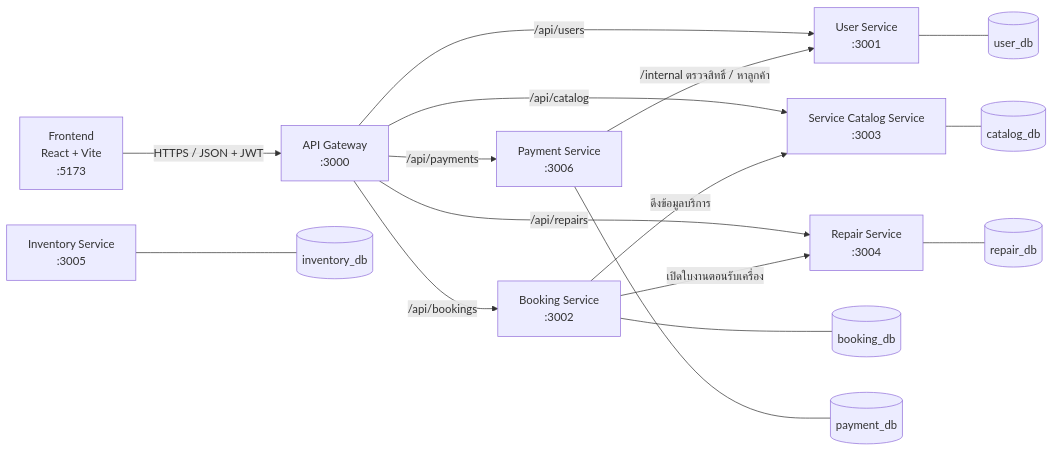
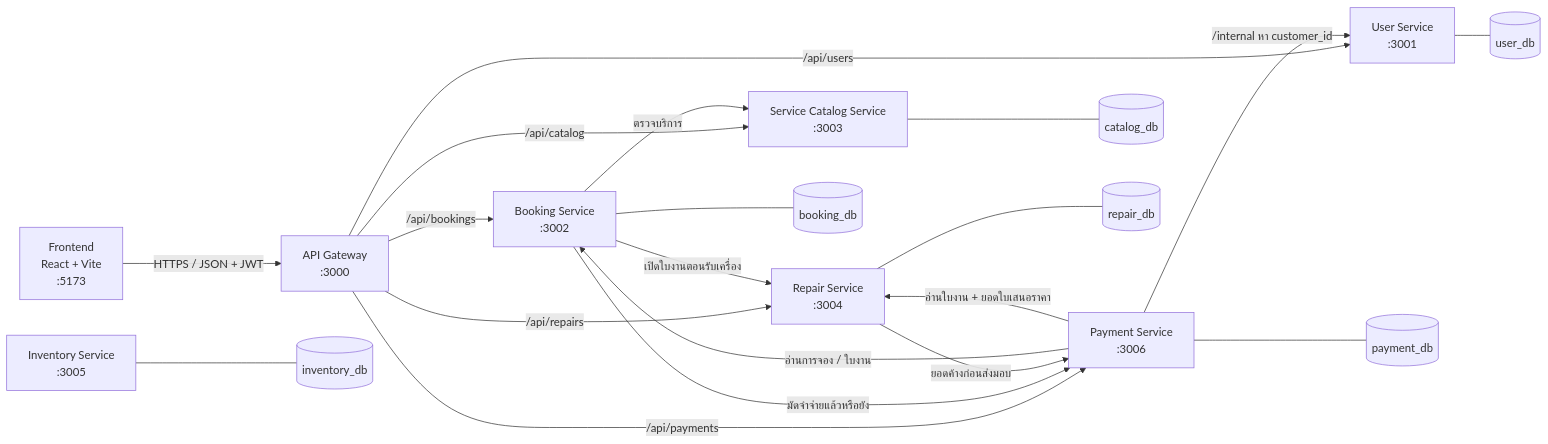
Before and after one commit to Best-Boun/Com-tle: the first of 2 diagrams in README.md, drawn with Mermaid. The commit also changed other lines of this file, not shown here.

First line of the commit message:
docs: bring README in line with the current flows

````diff
--- a/README.md
+++ b/README.md
@@ -17,22 +17,26 @@
 ```mermaid
 flowchart LR
     FE["Frontend<br/>React + Vite<br/>:5173"] -->|HTTPS / JSON + JWT| GW["API Gateway<br/>:3000"]
 
     GW -->|/api/users| US["User Service<br/>:3001"]
     GW -->|/api/bookings| BS["Booking Service<br/>:3002"]
     GW -->|/api/catalog| CS["Service Catalog Service<br/>:3003"]
     GW -->|/api/repairs| RS["Repair Service<br/>:3004"]
     GW -->|/api/payments| PS["Payment Service<br/>:3006"]
     IS["Inventory Service<br/>:3005"]
 
-    BS -->|ดึงข้อมูลบริการ| CS
+    BS -->|ตรวจบริการ| CS
     BS -->|เปิดใบงานตอนรับเครื่อง| RS
-    PS -->|/internal ตรวจสิทธิ์ / หาลูกค้า| US
+    BS -->|มัดจำจ่ายแล้วหรือยัง| PS
+    PS -->|อ่านการจอง / ใบงาน| BS
+    PS -->|อ่านใบงาน + ยอดใบเสนอราคา| RS
+    RS -->|ยอดค้างก่อนส่งมอบ| PS
+    PS -->|/internal หา customer_id| US
 
     US --- UDB[(user_db)]
     BS --- BDB[(booking_db)]
     CS --- CDB[(catalog_db)]
     RS --- RDB[(repair_db)]
     IS --- IDB[(inventory_db)]
     PS --- PDB[(payment_db)]
 ```
````
